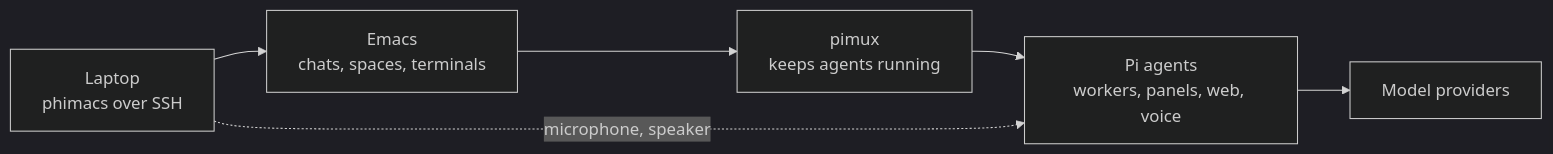
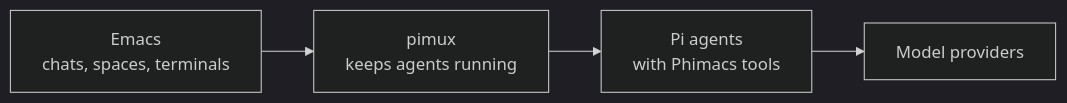
One commit to offline-ant/phimacs changed the diagram in README.md. Above: the diagram before and after it, drawn with Mermaid (dark theme). The commit also changed other lines of this file and 13 other files, not shown here.

````diff
--- a/README.md
+++ b/README.md
@@ -76,8 +91,6 @@
 ```mermaid
 flowchart LR
-  laptop["Laptop<br/>phimacs over SSH"] --> emacs["Emacs<br/>chats, spaces, terminals"]
-  emacs --> pimux["pimux<br/>keeps agents running"]
-  pimux --> agents["Pi agents<br/>workers, panels, web, voice"]
+  emacs["Emacs<br/>chats, spaces, terminals"] --> pimux["pimux<br/>keeps agents running"]
+  pimux --> agents["Pi agents<br/>with Phimacs tools"]
   agents --> models["Model providers"]
-  laptop -. "microphone, speaker" .-> agents
 ```
````
